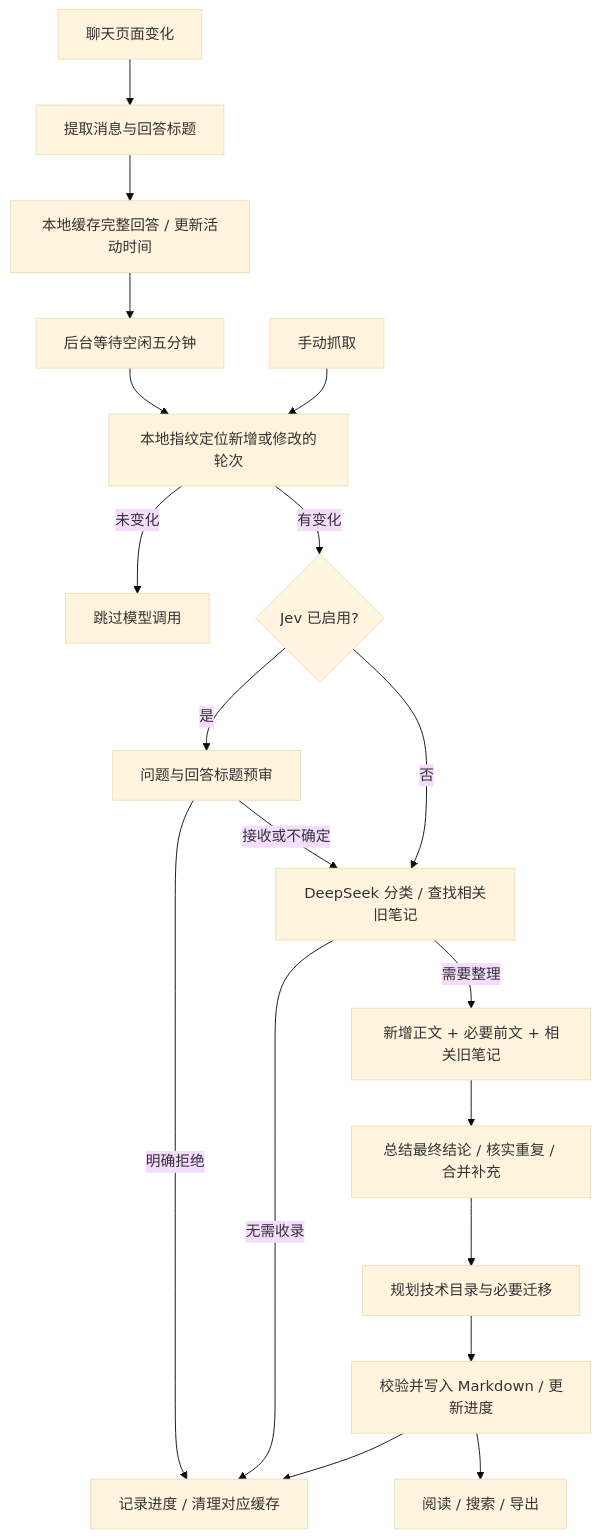
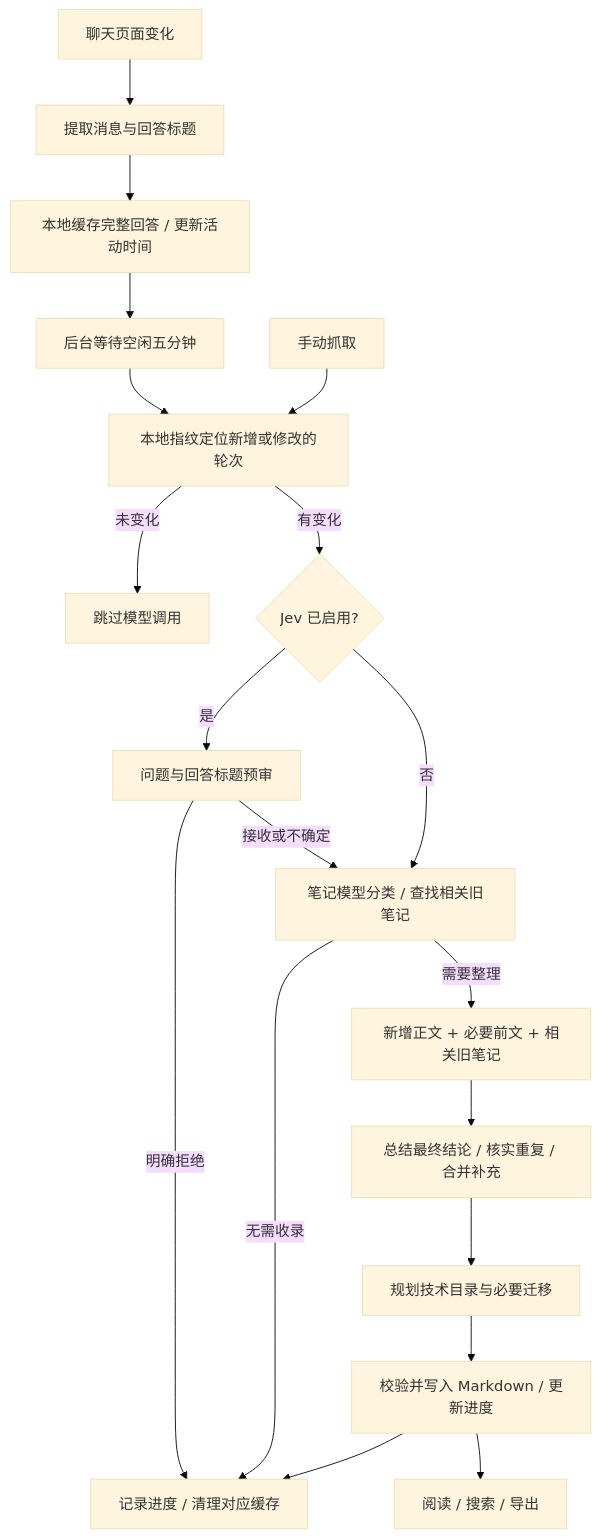
One commit to CMooningi/ai-knowledge-tree changed the diagram in README.md. Above: the diagram before and after it, drawn with Mermaid (base theme). The commit also changed other lines of this file and 24 other files, not shown here.

````diff
--- a/README.md
+++ b/README.md
@@ -137,21 +162,21 @@
 ```mermaid
 flowchart TD
     A[聊天页面变化] --> B[提取消息与回答标题]
     B --> C[本地缓存完整回答 / 更新活动时间]
     C --> D[后台等待空闲五分钟]
     D --> E[本地指纹定位新增或修改的轮次]
     M[手动抓取] --> E
     E -->|未变化| Z[跳过模型调用]
     E -->|有变化| F{Jev 已启用?}
     F -->|是| G[问题与回答标题预审]
     G -->|明确拒绝| H[记录进度 / 清理对应缓存]
-    G -->|接收或不确定| I[DeepSeek 分类 / 查找相关旧笔记]
+    G -->|接收或不确定| I[笔记模型分类 / 查找相关旧笔记]
     F -->|否| I
     I -->|无需收录| H
     I -->|需要整理| J[新增正文 + 必要前文 + 相关旧笔记]
     J --> K[总结最终结论 / 核实重复 / 合并补充]
     K --> L[规划技术目录与必要迁移]
     L --> N[校验并写入 Markdown / 更新进度]
     N --> H
     N --> O[阅读 / 搜索 / 导出]
 ```
````
